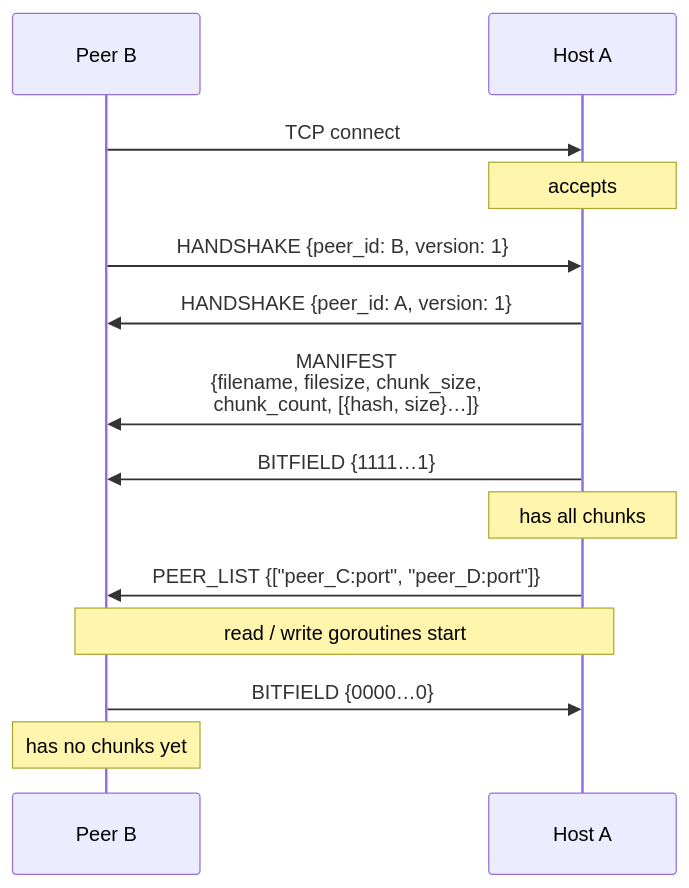
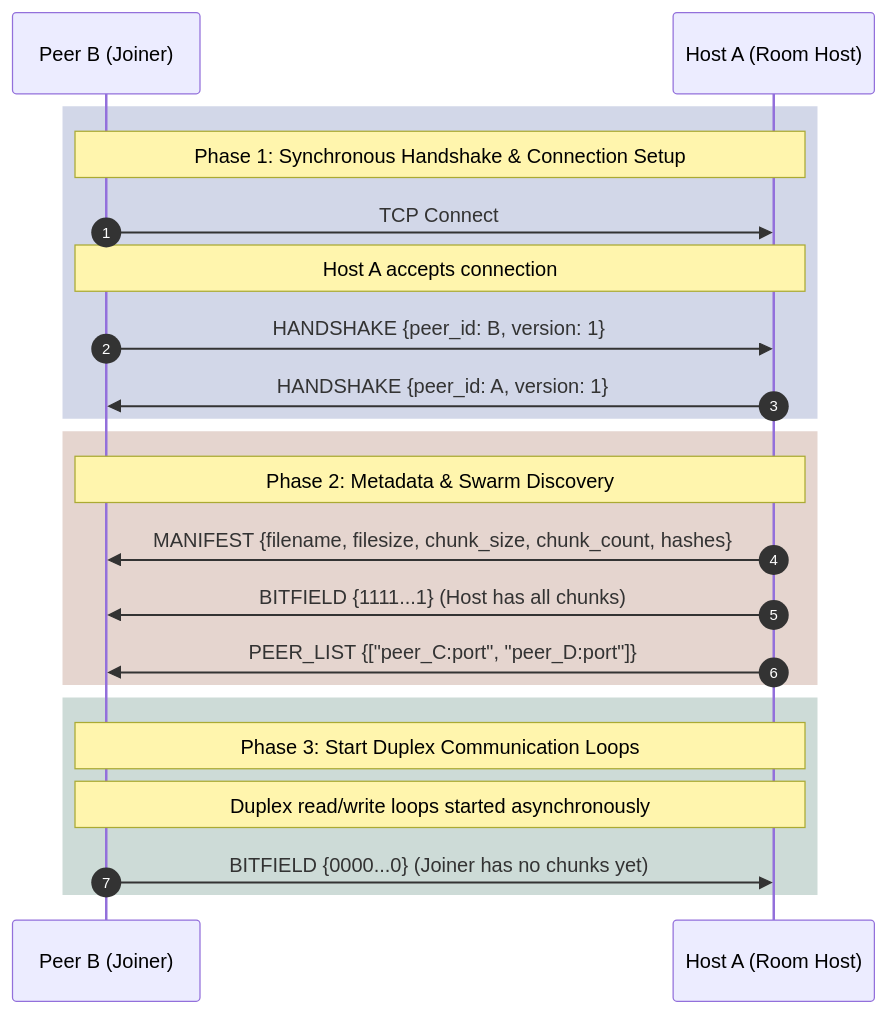
One commit to sophic00/peerwatch changed the first of 5 diagrams in docs/protocol_sequence.md. Above: the diagram before and after it, drawn with Mermaid. The commit also changed other lines of this file and 1 other file, not shown here.

Commit message:
chore: docs diagram update

````diff
--- a/docs/protocol_sequence.md
+++ b/docs/protocol_sequence.md
@@ -11,23 +11,28 @@
 ```mermaid
 sequenceDiagram
-    participant B as Peer B
-    participant A as Host A
+    autonumber
+    
+    participant B as Peer B (Joiner)
+    participant A as Host A (Room Host)
 
-    B->>A: TCP connect
-    note over A: accepts
+    rect rgba(30, 58, 138, 0.2)
+        note over B,A: Phase 1: Synchronous Handshake & Connection Setup
+        B->>A: TCP Connect
+        note over B,A: Host A accepts connection
+        B->>A: HANDSHAKE {peer_id: B, version: 1}
+        A->>B: HANDSHAKE {peer_id: A, version: 1}
+    end
 
-    B->>A: HANDSHAKE {peer_id: B, version: 1}
-    A->>B: HANDSHAKE {peer_id: A, version: 1}
+    rect rgba(124, 45, 18, 0.2)
+        note over B,A: Phase 2: Metadata & Swarm Discovery
+        A->>B: MANIFEST {filename, filesize, chunk_size, chunk_count, hashes}
+        A->>B: BITFIELD {1111...1} (Host has all chunks)
+        A->>B: PEER_LIST {["peer_C:port", "peer_D:port"]}
+    end
 
-    A->>B: MANIFEST<br/>{filename, filesize, chunk_size,<br/>chunk_count, [{hash, size}…]}
-
-    A->>B: BITFIELD {1111…1}
-    note over A: has all chunks
-
-    A->>B: PEER_LIST {["peer_C:port", "peer_D:port"]}
-
-    note over B,A: read / write goroutines start
-
-    B->>A: BITFIELD {0000…0}
-    note over B: has no chunks yet
+    rect rgba(6, 78, 59, 0.2)
+        note over B,A: Phase 3: Start Duplex Communication Loops
+        note over B,A: Duplex read/write loops started asynchronously
+        B->>A: BITFIELD {0000...0} (Joiner has no chunks yet)
+    end
 ```
````
